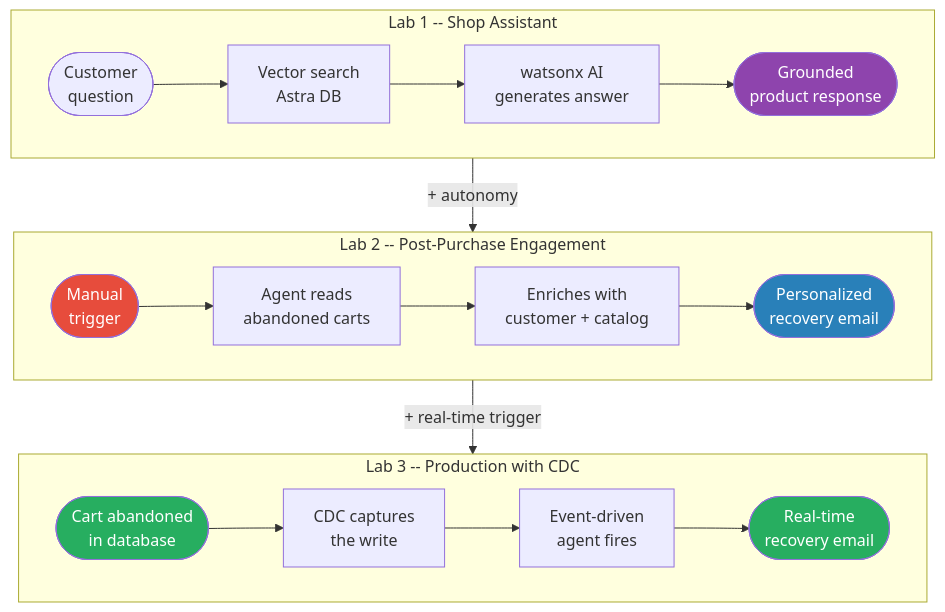
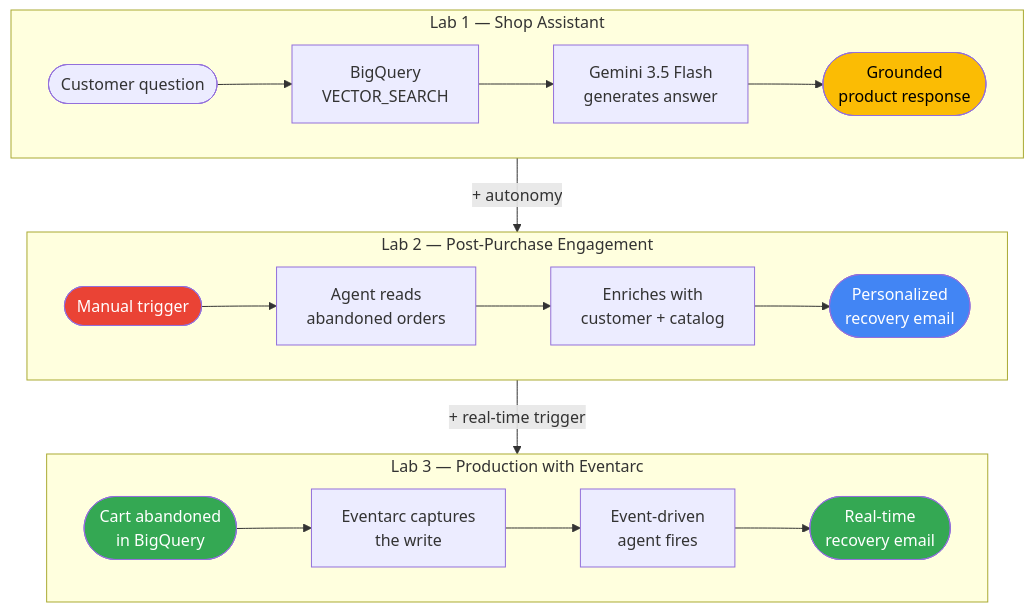
Before and after one commit to dambor/workshop-platform: the ninth of 11 diagrams in public/workshops/workshop-retail.md, drawn with Mermaid. The commit also changed other lines of this file and 150 other files, not shown here.

````diff
--- a/public/workshops/workshop-retail.md
+++ b/public/workshops/workshop-retail.md
@@ -794,32 +918,32 @@
 ```mermaid
 flowchart TD
-    subgraph L1["Lab 1 -- Shop Assistant"]
+    subgraph L1["Lab 1 — Shop Assistant"]
         direction LR
-        A1([Customer\nquestion]) --> B1[Vector search\nAstra DB]
-        B1 --> C1[watsonx AI\ngenerates answer]
+        A1([Customer question]) --> B1[BigQuery\nVECTOR_SEARCH]
+        B1 --> C1[Gemini 3.5 Flash\ngenerates answer]
         C1 --> D1([Grounded\nproduct response])
     end
 
-    subgraph L2["Lab 2 -- Post-Purchase Engagement"]
+    subgraph L2["Lab 2 — Post-Purchase Engagement"]
         direction LR
-        A2([Manual\ntrigger]) --> B2[Agent reads\nabandoned carts]
+        A2([Manual trigger]) --> B2[Agent reads\nabandoned orders]
         B2 --> C2[Enriches with\ncustomer + catalog]
         C2 --> D2([Personalized\nrecovery email])
     end
 
-    subgraph L3["Lab 3 -- Production with CDC"]
+    subgraph L3["Lab 3 — Production with Eventarc"]
         direction LR
-        A3([Cart abandoned\nin database]) --> B3[CDC captures\nthe write]
+        A3([Cart abandoned\nin BigQuery]) --> B3[Eventarc captures\nthe write]
         B3 --> C3[Event-driven\nagent fires]
         C3 --> D3([Real-time\nrecovery email])
     end
 
     L1 -->|"+ autonomy"| L2
     L2 -->|"+ real-time trigger"| L3
 
-    style A2 fill:#e74c3c,color:#fff
-    style A3 fill:#27ae60,color:#fff
-    style D3 fill:#27ae60,color:#fff
-    style D2 fill:#2980b9,color:#fff
-    style D1 fill:#8e44ad,color:#fff
+    style A2 fill:#EA4335,color:#fff
+    style A3 fill:#34A853,color:#fff
+    style D3 fill:#34A853,color:#fff
+    style D2 fill:#4285F4,color:#fff
+    style D1 fill:#FBBC04,color:#000
 ```
````
